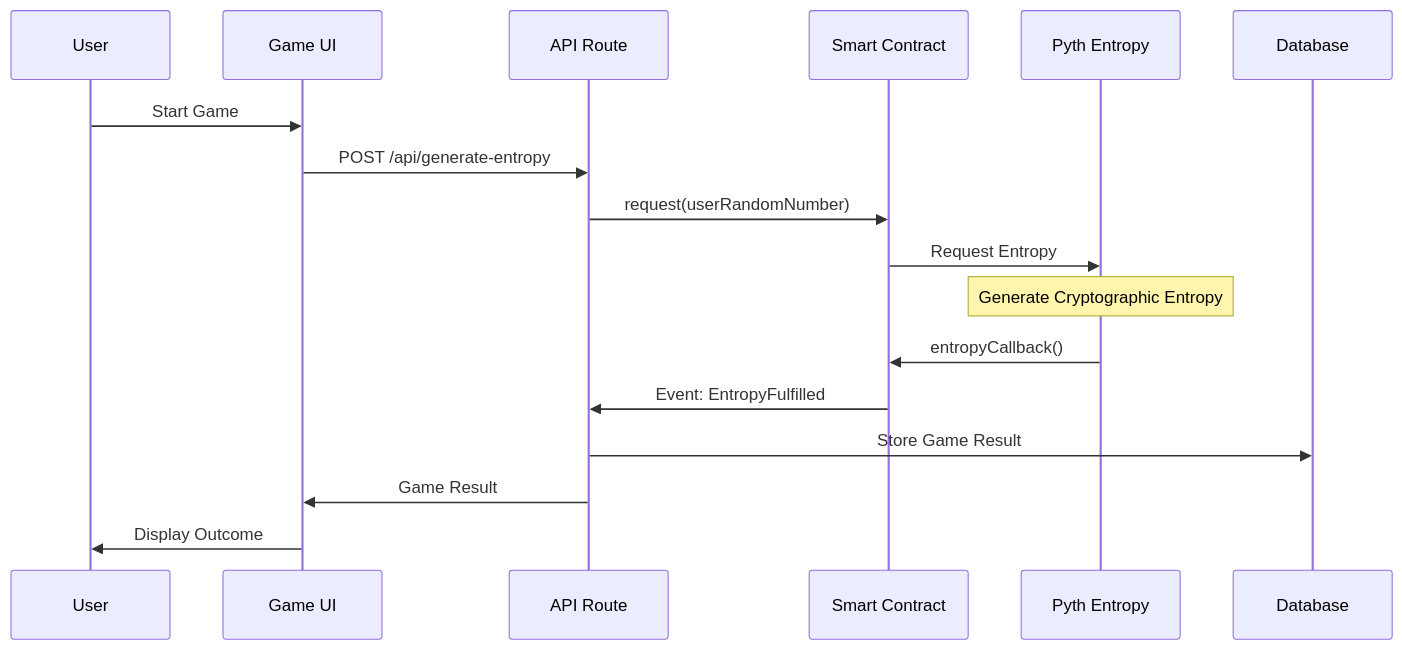
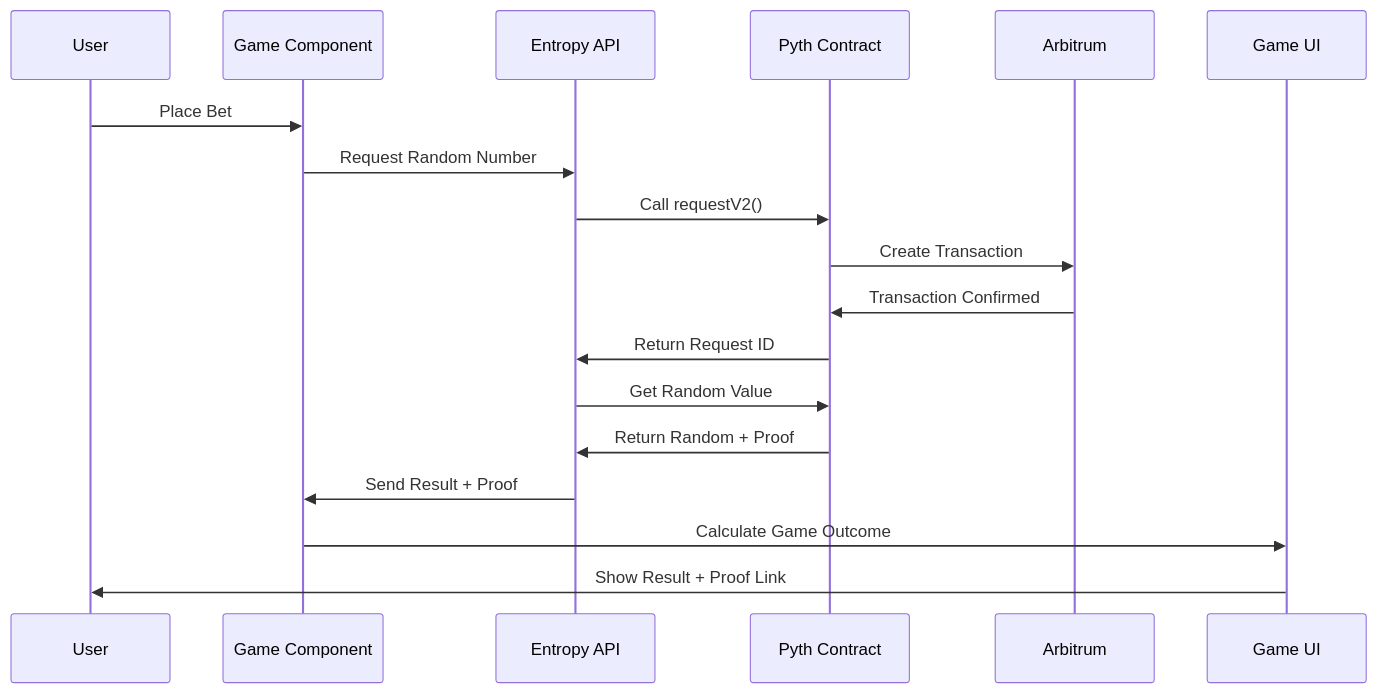
Before and after one commit to AmaanSayyad/APT-Casino-Stacks: the sixth of 12 diagrams in MERMAID_DIAGRAMS.md, drawn with Mermaid. The commit also changed other lines of this file and 5 other files, not shown here.

````diff
--- a/MERMAID_DIAGRAMS.md
+++ b/MERMAID_DIAGRAMS.md
@@ -131,22 +159,21 @@
 ```mermaid
 sequenceDiagram
     participant U as User
+    participant G as Game Component
+    participant API as Entropy API
+    participant P as Pyth Contract
+    participant A as Arbitrum
     participant UI as Game UI
-    participant API as API Route
-    participant SC as Smart Contract
-    participant PE as Pyth Entropy
-    participant DB as Database
     
-    U->>UI: Start Game
-    UI->>API: POST /api/generate-entropy
-    API->>SC: request(userRandomNumber)
-    SC->>PE: Request Entropy
-    
-    Note over PE: Generate Cryptographic Entropy
-    
-    PE->>SC: entropyCallback()
-    SC->>API: Event: EntropyFulfilled
-    API->>DB: Store Game Result
-    API->>UI: Game Result
-    UI->>U: Display Outcome
+    U->>G: Place Bet
+    G->>API: Request Random Number
+    API->>P: Call requestV2()
+    P->>A: Create Transaction
+    A->>P: Transaction Confirmed
+    P->>API: Return Request ID
+    API->>P: Get Random Value
+    P->>API: Return Random + Proof
+    API->>G: Send Result + Proof
+    G->>UI: Calculate Game Outcome
+    UI->>U: Show Result + Proof Link
 ```
````
